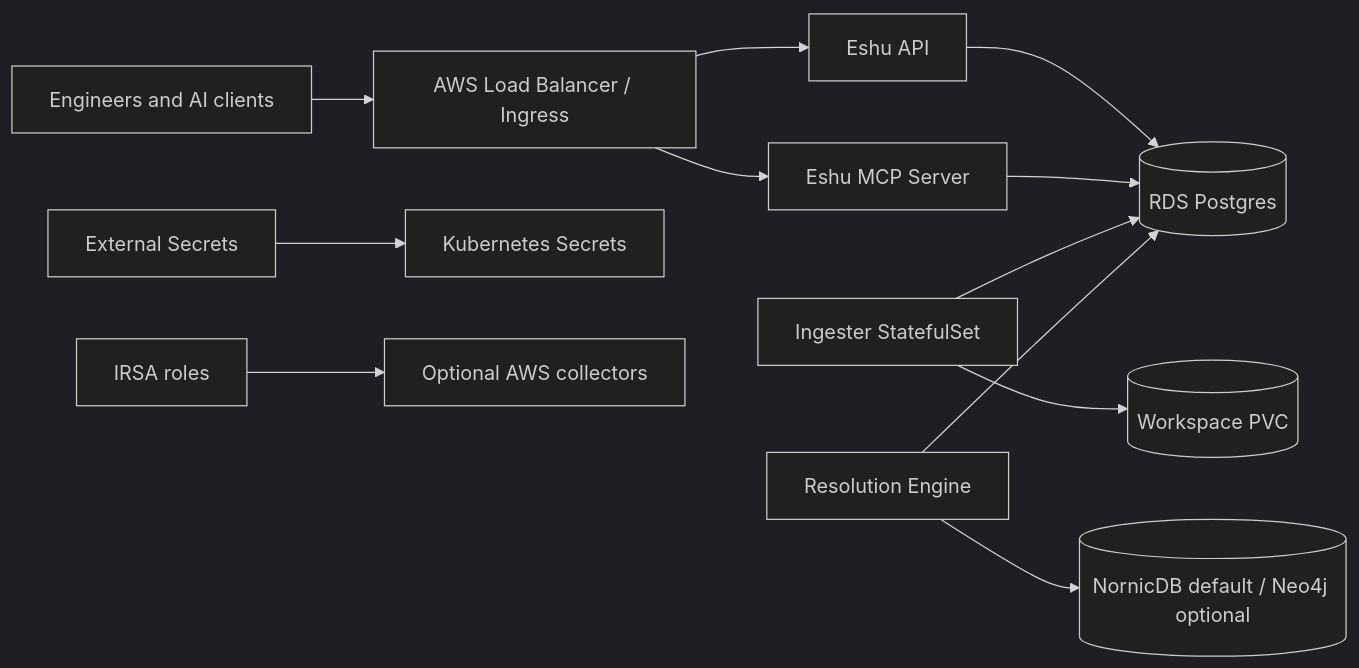
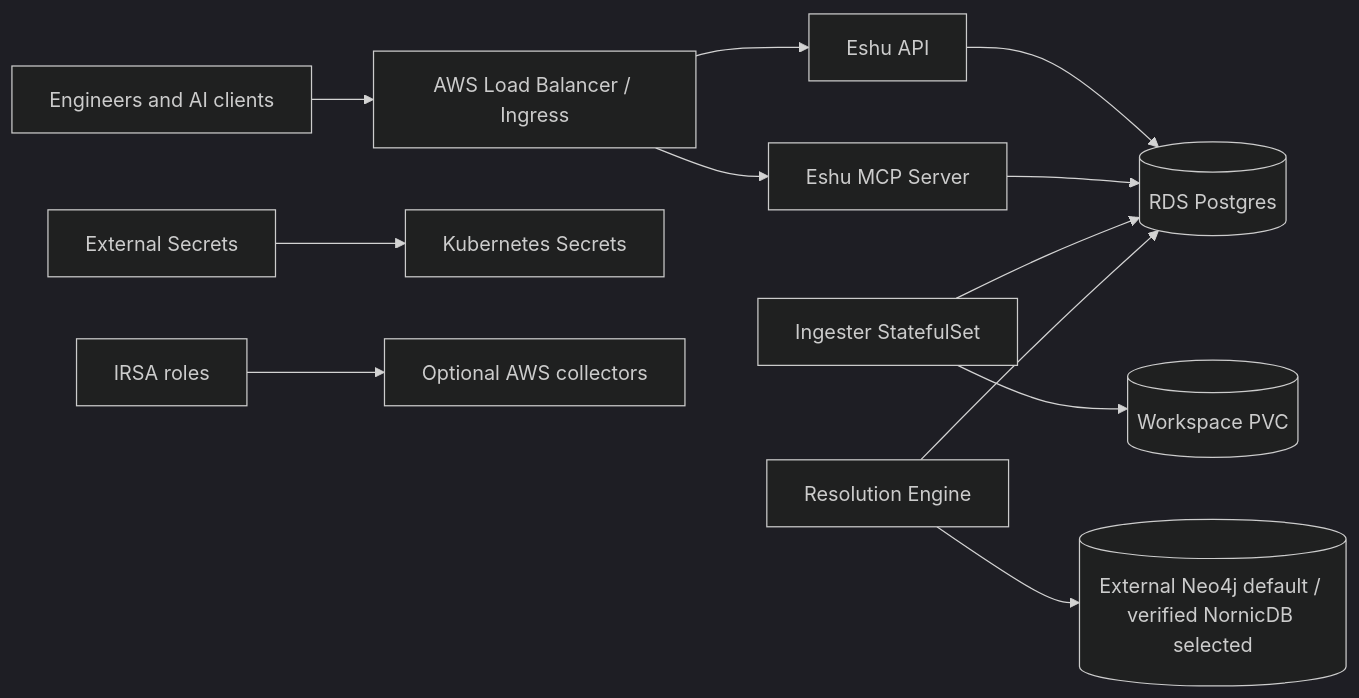
The diagram in docs/public/deploy/eks/index.md (eshu-hq/eshu), drawn with Mermaid (dark theme) before and after one commit. The commit also changed other lines of this file and 16 other files, not shown here.

Commit message:
fix(helm): honor rendered graph backend selection

````diff
--- a/docs/public/deploy/eks/index.md
+++ b/docs/public/deploy/eks/index.md
@@ -12,14 +12,14 @@
 ```mermaid
 flowchart LR
   Dev["Engineers and AI clients"] --> ALB["AWS Load Balancer / Ingress"]
   ALB --> API["Eshu API"]
   ALB --> MCP["Eshu MCP Server"]
   API --> PG[("RDS Postgres")]
   MCP --> PG
   Ingester["Ingester StatefulSet"] --> PG
   Reducer["Resolution Engine"] --> PG
-  Reducer --> Graph[("NornicDB default / Neo4j optional")]
+  Reducer --> Graph[("External Neo4j default / verified NornicDB selected")]
   Ingester --> PVC[("Workspace PVC")]
   ESO["External Secrets"] --> K8sSecrets["Kubernetes Secrets"]
   IRSA["IRSA roles"] --> Collectors["Optional AWS collectors"]
 ```
````
